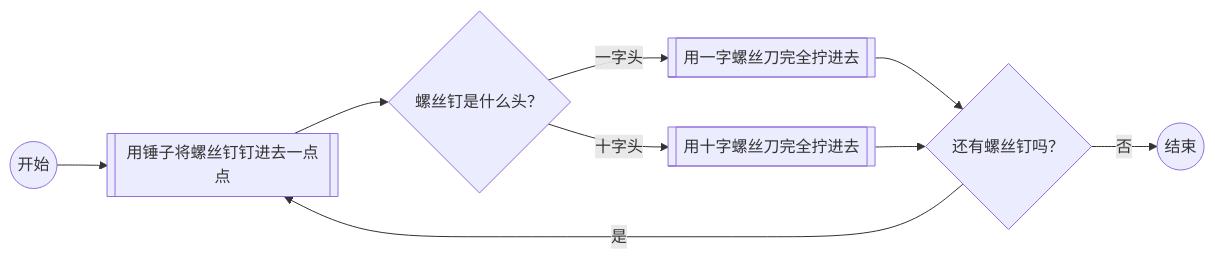
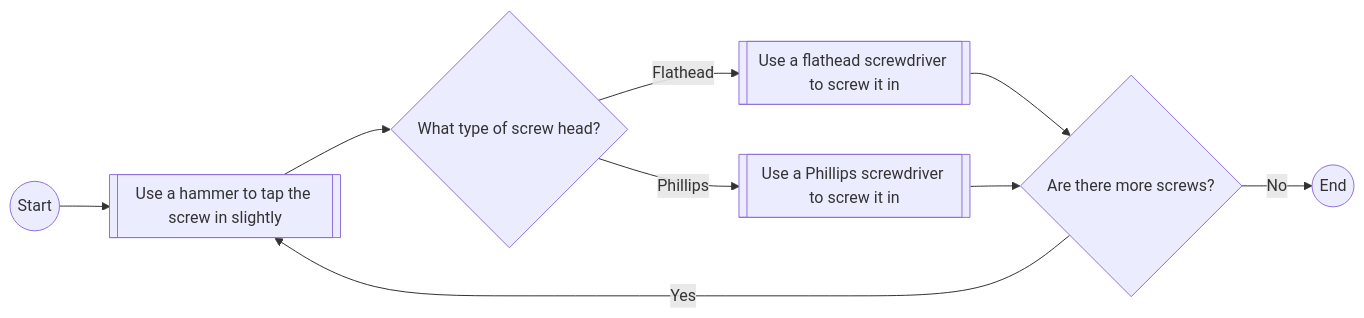
One commit to Dreamwalkor/little-book-of-ai changed the first of 3 diagrams in en/05.md. Above: the diagram before and after it, drawn with Mermaid. The commit also changed other lines of this file and 27 other files, not shown here.

````diff
--- a/en/05.md
+++ b/en/05.md
@@ -146,11 +140,11 @@
 ```mermaid
 flowchart LR
-    A((开始)) --> B[[用锤子将螺丝钉钉进去一点点]]
-    B --> C{螺丝钉是什么头？}
-    C -->|一字头| D[[用一字螺丝刀完全拧进去]]
-    C -->|十字头| E[[用十字螺丝刀完全拧进去]]
-    D --> F{还有螺丝钉吗？}
-    E --> F{还有螺丝钉吗？}
-    F -->|是| B
-    F -->|否| G((结束))
+    A((Start)) --> B[[Use a hammer to tap the screw in slightly]]
+    B --> C{What type of screw head?}
+    C -->|Flathead| D[[Use a flathead screwdriver to screw it in]]
+    C -->|Phillips| E[[Use a Phillips screwdriver to screw it in]]
+    D --> F{Are there more screws?}
+    E --> F{Are there more screws?}
+    F -->|Yes| B
+    F -->|No| G((End))
 ```
````
